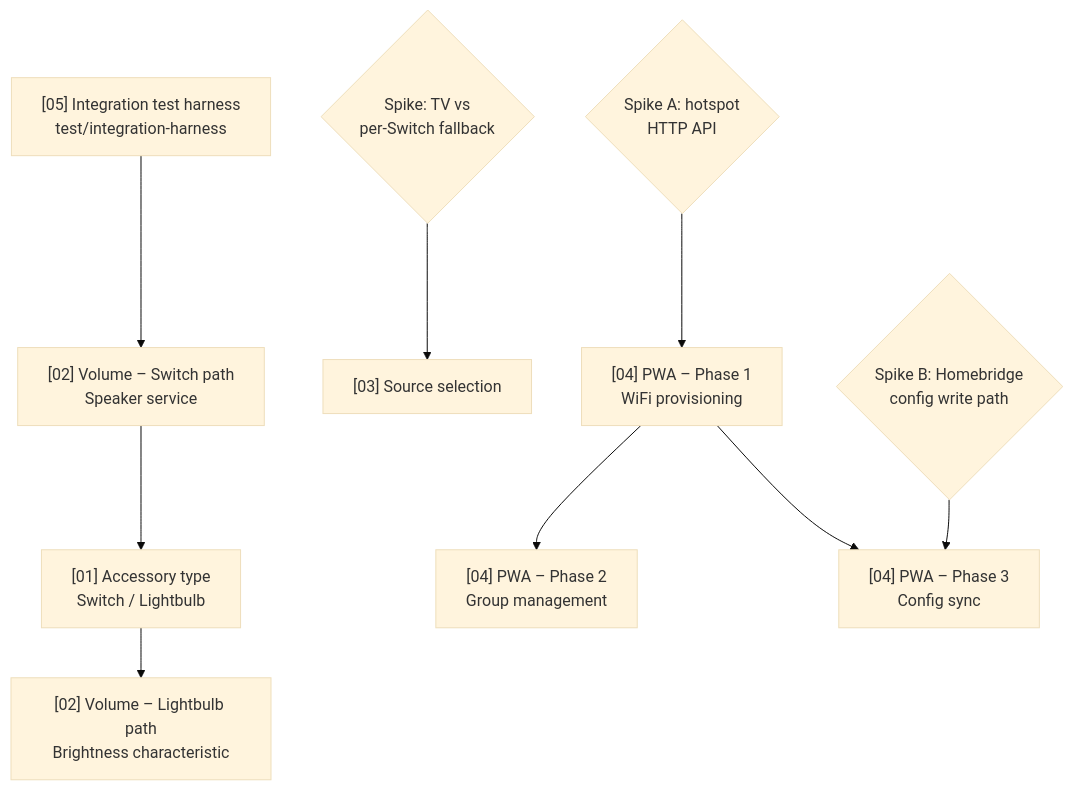
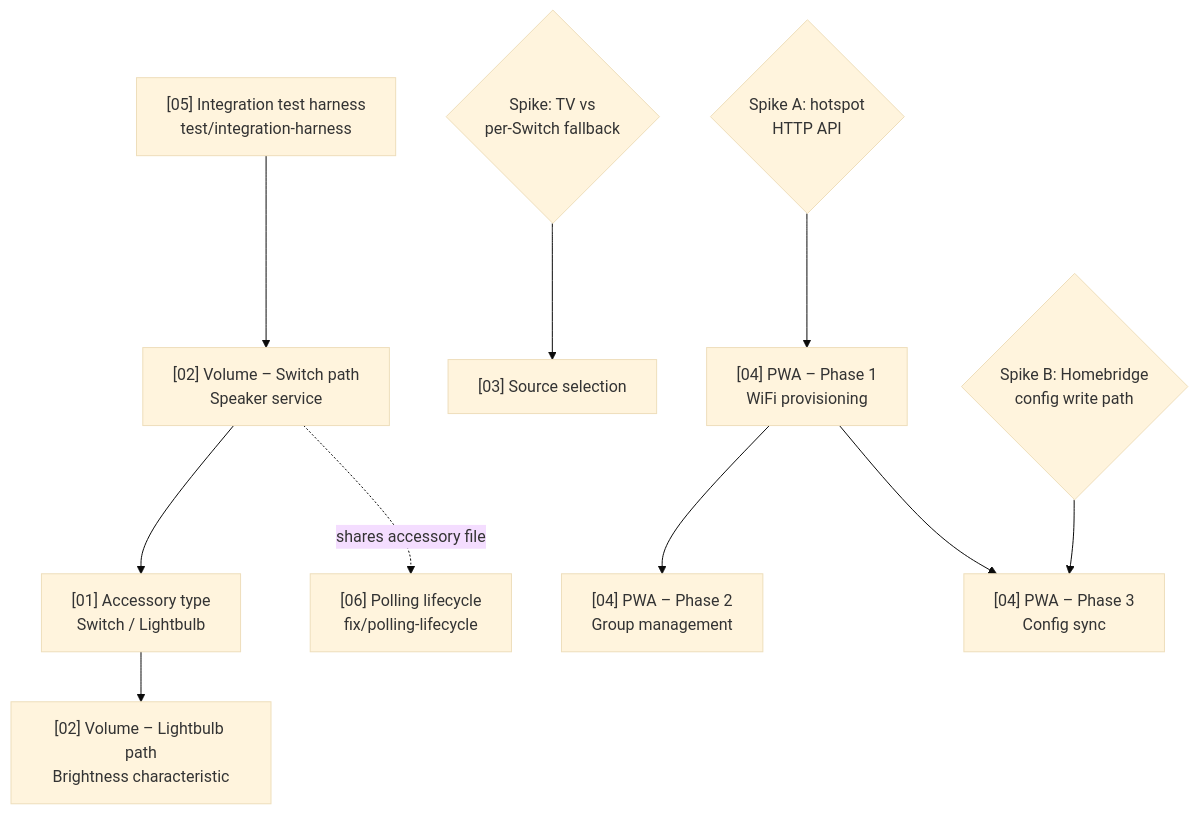
One commit to forktrucka/homebridge-soundtouch-speaker changed the diagram in .claude/skills/technical-lead/ROADMAP.md. Above: the diagram before and after it, drawn with Mermaid (base theme). The commit also changed other lines of this file and 2 other files, not shown here.

Commit message:
docs: track polling-lifecycle tech debt and scope the volume power/volume race (#61)

````diff
--- a/.claude/skills/technical-lead/ROADMAP.md
+++ b/.claude/skills/technical-lead/ROADMAP.md
@@ -11,23 +11,25 @@
 ```mermaid
 flowchart TD
     HarnessNode["[05] Integration test harness\ntest/integration-harness"]
     VolSwitchNode["[02] Volume – Switch path\nSpeaker service"]
     AccessoryTypeNode["[01] Accessory type\nSwitch / Lightbulb"]
     VolLightbulbNode["[02] Volume – Lightbulb path\nBrightness characteristic"]
+    PollingNode["[06] Polling lifecycle\nfix/polling-lifecycle"]
     SpikeTV{"Spike: TV vs\nper-Switch fallback"}
     SourceNode["[03] Source selection"]
     SpikeA{"Spike A: hotspot\nHTTP API"}
     SpikeB{"Spike B: Homebridge\nconfig write path"}
     PWA1Node["[04] PWA – Phase 1\nWiFi provisioning"]
     PWA2Node["[04] PWA – Phase 2\nGroup management"]
     PWA3Node["[04] PWA – Phase 3\nConfig sync"]
 
     HarnessNode --> VolSwitchNode
+    VolSwitchNode -. "shares accessory file" .-> PollingNode
     VolSwitchNode --> AccessoryTypeNode
     AccessoryTypeNode --> VolLightbulbNode
     SpikeTV --> SourceNode
     SpikeA --> PWA1Node
     PWA1Node --> PWA2Node
     SpikeB --> PWA3Node
     PWA1Node --> PWA3Node
 ```
````
